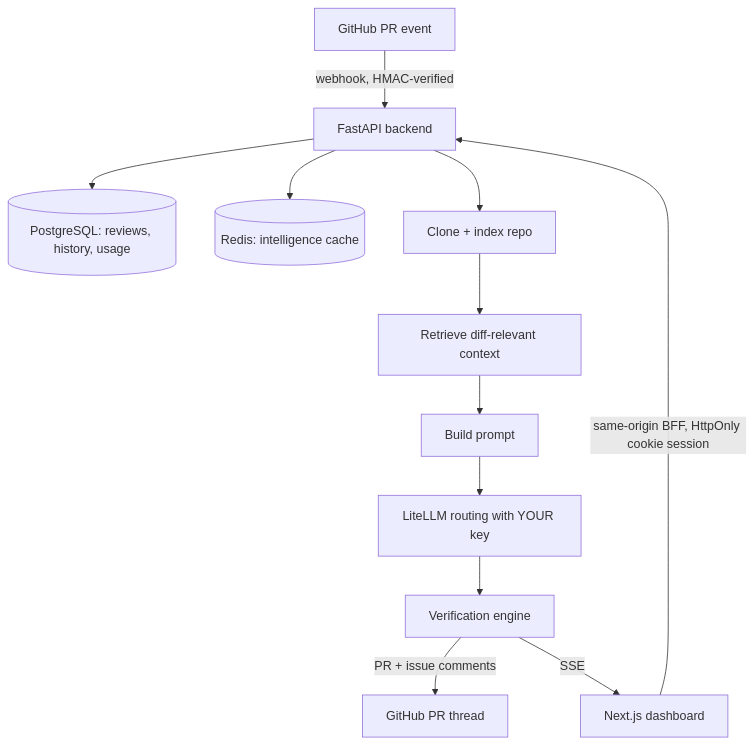
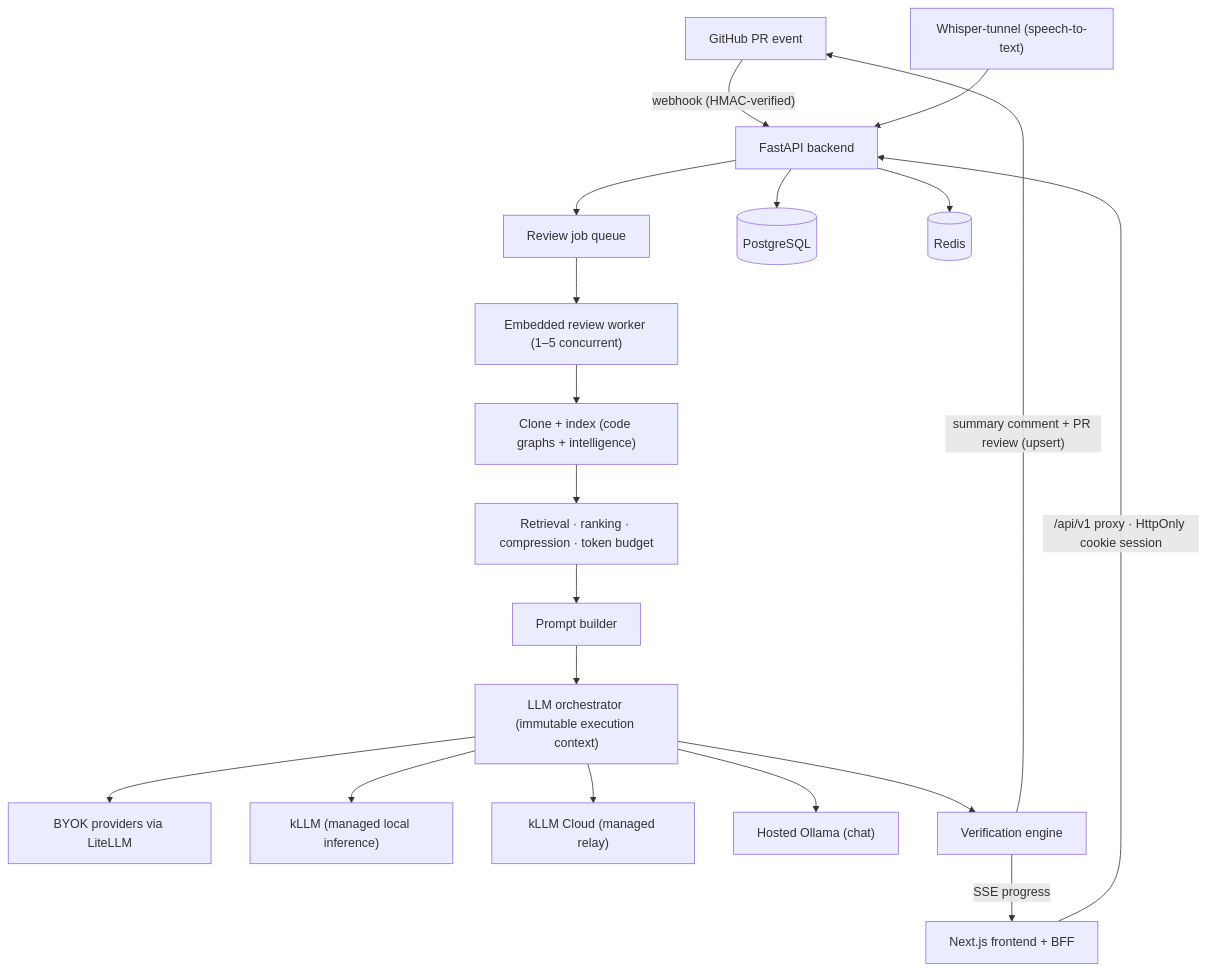
The first of 2 diagrams in README.md (d-kavinraja/revora), drawn with Mermaid before and after one commit. The commit also changed other lines of this file, not shown here.

````diff
--- a/README.md
+++ b/README.md
@@ -94,14 +110,21 @@
 ```mermaid
 graph TD
-    PR[GitHub PR event] -->|webhook, HMAC-verified| API[FastAPI backend]
-    API --> DB[(PostgreSQL: reviews, history, usage)]
-    API --> Cache[(Redis: intelligence cache)]
-    API --> Clone[Clone + index repo]
-    Clone --> Retrieve[Retrieve diff-relevant context]
-    Retrieve --> Prompt[Build prompt]
-    Prompt --> LLM[LiteLLM routing with YOUR key]
-    LLM --> Verify[Verification engine]
-    Verify -->|PR + issue comments| GH[GitHub PR thread]
-    Verify -->|SSE| UI[Next.js dashboard]
-    UI -->|same-origin BFF, HttpOnly cookie session| API
+    GH["GitHub PR event"] -->|"webhook (HMAC-verified)"| API["FastAPI backend"]
+    UI["Next.js frontend + BFF"] -->|"/api/v1 proxy · HttpOnly cookie session"| API
+    API --> Q["Review job queue"]
+    Q --> W["Embedded review worker (1–5 concurrent)"]
+    W --> IDX["Clone + index (code graphs + intelligence)"]
+    IDX --> RET["Retrieval · ranking · compression · token budget"]
+    RET --> PROMPT["Prompt builder"]
+    PROMPT --> LLM["LLM orchestrator (immutable execution context)"]
+    LLM --> BYOK["BYOK providers via LiteLLM"]
+    LLM --> KLLM["kLLM (managed local inference)"]
+    LLM --> CLOUD["kLLM Cloud (managed relay)"]
+    LLM --> OLLAMA["Hosted Ollama (chat)"]
+    LLM --> VER["Verification engine"]
+    VER -->|"summary comment + PR review (upsert)"| GH
+    VER -->|SSE progress| UI
+    API --> DB[("PostgreSQL")]
+    API --> REDIS[("Redis")]
+    STT["Whisper-tunnel (speech-to-text)"] --> API
 ```
````
